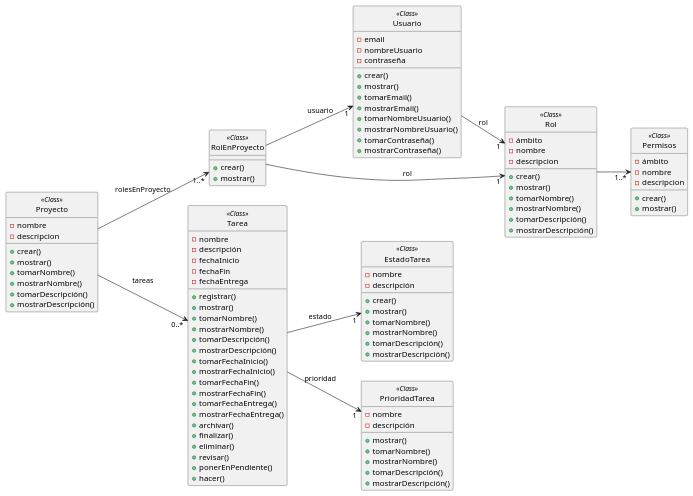
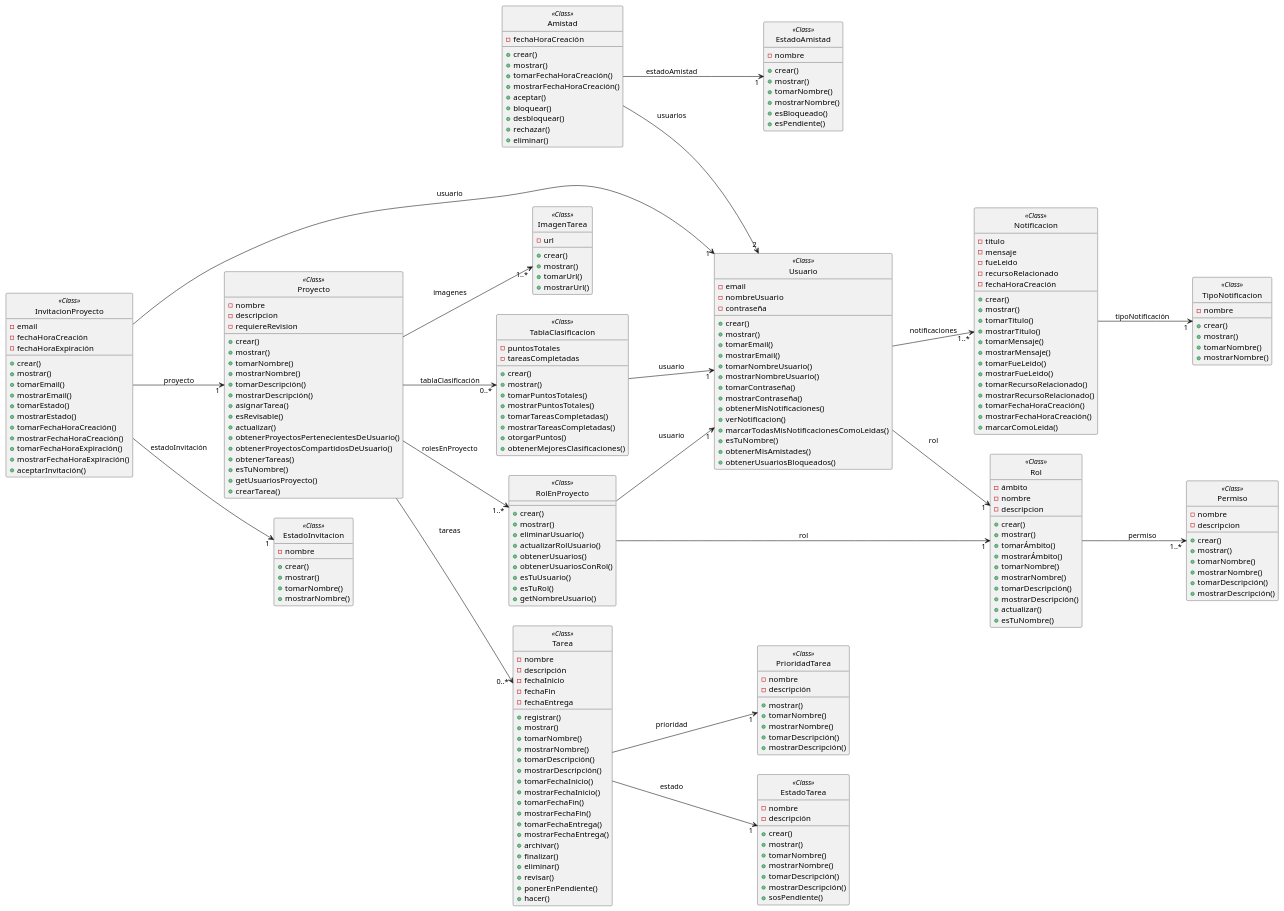
The diagram in Modelado/DiagramaMD.plantuml (ciggyx/Task_Flow), drawn with PlantUML before and after one commit. The commit also changed 1 other file, not shown here.

```diff
--- a/Modelado/DiagramaMD.plantuml
+++ b/Modelado/DiagramaMD.plantuml
@@ -13,9 +13,126 @@
     + mostrarNombreUsuario()
     + tomarContraseña()
     + mostrarContraseña()
+    + obtenerMisNotificaciones()
+    + verNotificacion()
+    + marcarTodasMisNotificacionesComoLeidas()
+    + esTuNombre()
+    + obtenerMisAmistades()
+    + obtenerUsuariosBloqueados()
+}
+
+class Amistad<<Class>>{
+    - fechaHoraCreación
+    + crear()
+    + mostrar()
+    + tomarFechaHoraCreación()
+    + mostrarFechaHoraCreación()
+    + aceptar()
+    + bloquear()
+    + desbloquear()
+    + rechazar()
+    + eliminar()
+}
+
+class EstadoAmistad<<Class>>{
+    - nombre
+    + crear()
+    + mostrar()
+    + tomarNombre()
+    + mostrarNombre()
+    + esBloqueado()
+    + esPendiente()
+}
+
+
+class InvitacionProyecto<<Class>>{
+    - email
+    - fechaHoraCreación
+    - fechaHoraExpiración
+    + crear()
+    + mostrar()
+    + tomarEmail()
+    + mostrarEmail()
+    + tomarEstado()
+    + mostrarEstado()
+    + tomarFechaHoraCreación()
+    + mostrarFechaHoraCreación()
+    + tomarFechaHoraExpiración()
+    + mostrarFechaHoraExpiración()
+    + aceptarInvitación()
+}
+
+class EstadoInvitacion<<Class>>{
+    - nombre
+    + crear()
+    + mostrar()
+    + tomarNombre()
+    + mostrarNombre()
+}
+
+class TablaClasificacion<<Class>>{
+    - puntosTotales
+    - tareasCompletadas
+    + crear()
+    + mostrar()
+    + tomarPuntosTotales()
+    + mostrarPuntosTotales()
+    + tomarTareasCompletadas()
+    + mostrarTareasCompletadas()
+    + otorgarPuntos()
+    + obtenerMejoresClasificaciones()
 }
 
 class Proyecto<<Class>>{
+    - nombre
+    - descripcion
+    - requiereRevision
+    + crear()
+    + mostrar()
+    + tomarNombre()
+    + mostrarNombre()
+    + tomarDescripción()
+    + mostrarDescripción()
+    + asignarTarea()
+    + esRevisable()
+    + actualizar()
+    + obtenerProyectosPertenecientesDeUsuario()
+    + obtenerProyectosCompartidosDeUsuario()
+    + obtenerTareas()
+    + esTuNombre()
+    + getUsuariosProyecto()
+    + crearTarea()
+}
+
+class RolEnProyecto<<Class>>{
+    + crear()
+    + mostrar()
+    + eliminarUsuario()
+    + actualizarRolUsuario()
+    + obtenerUsuarios()
+    + obtenerUsuariosConRol()
+    + esTuUsuario()
+    + esTuRol()
+    + getNombreUsuario()
+}
+
+class Rol<<Class>>{
+    - ámbito
+    - nombre
+    - descripcion
+    + crear()
+    + mostrar()
+    + tomarÁmbito()
+    + mostrarÁmbito()
+    + tomarNombre()
+    + mostrarNombre()
+    + tomarDescripción()
+    + mostrarDescripción()
+    + actualizar()
+    + esTuNombre()
+}
+
+class Permiso<<Class>>{
     - nombre
     - descripcion
     + crear()
@@ -24,31 +141,6 @@
     + mostrarNombre()
     + tomarDescripción()
     + mostrarDescripción()
-   
-}
-
-class RolEnProyecto<<Class>>{
-    + crear()
-    + mostrar()
-}
-
-class Rol<<Class>>{
-    - ámbito
-    - nombre
-    - descripcion
-    + crear()
-    + mostrar()
-    + tomarNombre()
-    + mostrarNombre()
-    + tomarDescripción()
-    + mostrarDescripción()
-}
-class Permisos<<Class>>{
-    - ámbito
-    - nombre
-    - descripcion
-    + crear()
-    + mostrar()
 }
 
 class Tarea<<Class>>{
@@ -77,6 +169,14 @@
     + hacer()
 }
 
+class ImagenTarea<<Class>>{
+    - url
+    + crear()
+    + mostrar()
+    + tomarUrl()
+    + mostrarUrl()
+}
+
 class EstadoTarea<<Class>>{
     - nombre
     - descripción
@@ -86,6 +186,7 @@
     + mostrarNombre()
     + tomarDescripción()
     + mostrarDescripción()
+    + sosPendiente()
 }
 
 class PrioridadTarea<<Class>>{
@@ -98,12 +199,51 @@
     + mostrarDescripción()
 }
 
+class Notificacion<<Class>>{
+    - titulo
+    - mensaje
+    - fueLeido
+    - recursoRelacionado
+    - fechaHoraCreación
+    + crear()
+    + mostrar()
+    + tomarTitulo()
+    + mostrarTitulo()
+    + tomarMensaje()
+    + mostrarMensaje()
+    + tomarFueLeido()
+    + mostrarFueLeido()
+    + tomarRecursoRelacionado()
+    + mostrarRecursoRelacionado()
+    + tomarFechaHoraCreación()
+    + mostrarFechaHoraCreación()
+    + marcarComoLeida()
+}
+
+class TipoNotificacion<<Class>>{
+    - nombre
+    + crear()
+    + mostrar()
+    + tomarNombre()
+    + mostrarNombre()
+}
+
 Usuario --> "1" Rol : rol
 Proyecto --> "0..*" Tarea: tareas
 Proyecto --> "1..*" RolEnProyecto: rolesEnProyecto
+Proyecto --> "1..*" ImagenTarea: imagenes
+Proyecto --> "0..*" TablaClasificacion : tablaClasificación
 RolEnProyecto --> "1" Usuario : usuario
 RolEnProyecto --> "1" Rol: rol
 Tarea --> "1" EstadoTarea : estado
 Tarea --> "\t\t1" PrioridadTarea :  prioridad
-Rol --> "1..*" Permisos
+Rol --> "1..*" Permiso : permiso
+InvitacionProyecto --> "1" Proyecto : proyecto
+InvitacionProyecto --> "1" Usuario : usuario
+InvitacionProyecto --> "1" EstadoInvitacion : estadoInvitación
+Amistad --> "2" Usuario : usuarios
+Amistad --> "1" EstadoAmistad : estadoAmistad
+TablaClasificacion --> "1" Usuario : usuario
+Notificacion --> "1" TipoNotificacion : tipoNotificación
+Usuario --> "1..*" Notificacion : notificaciones
 @enduml
```
